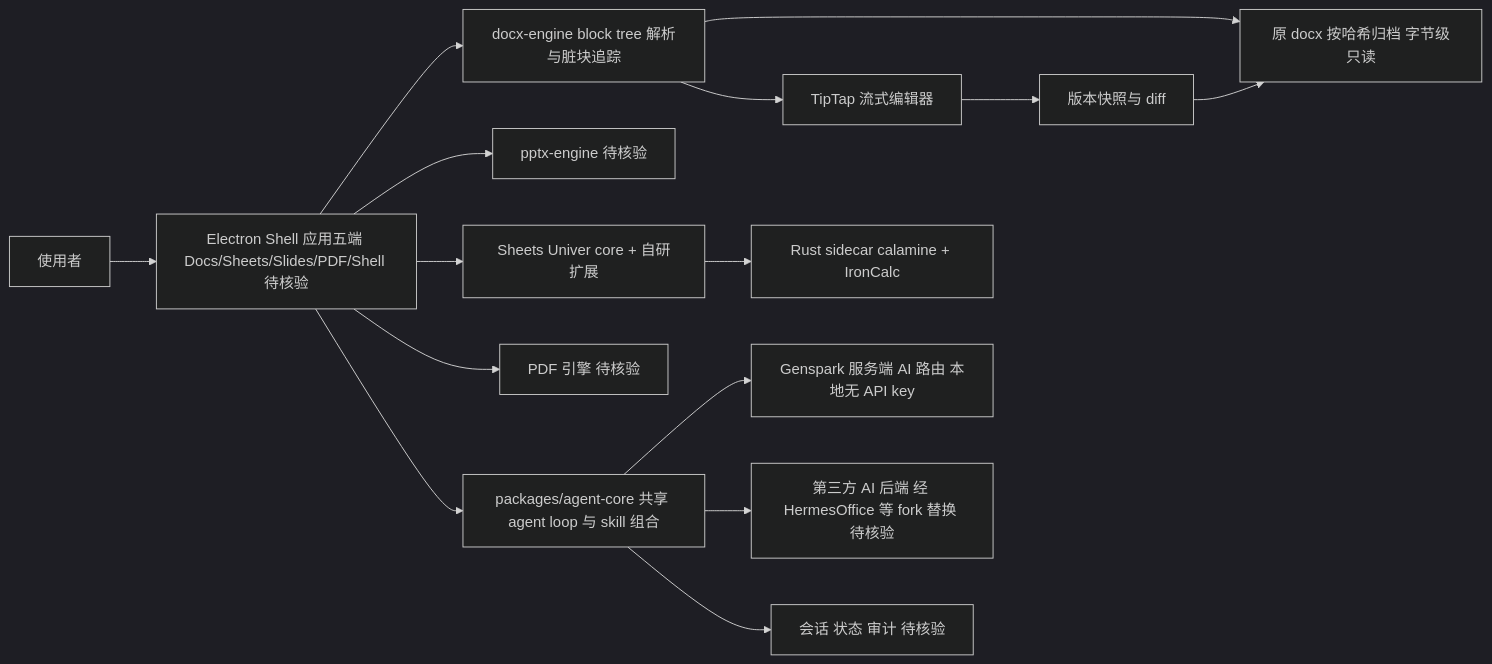
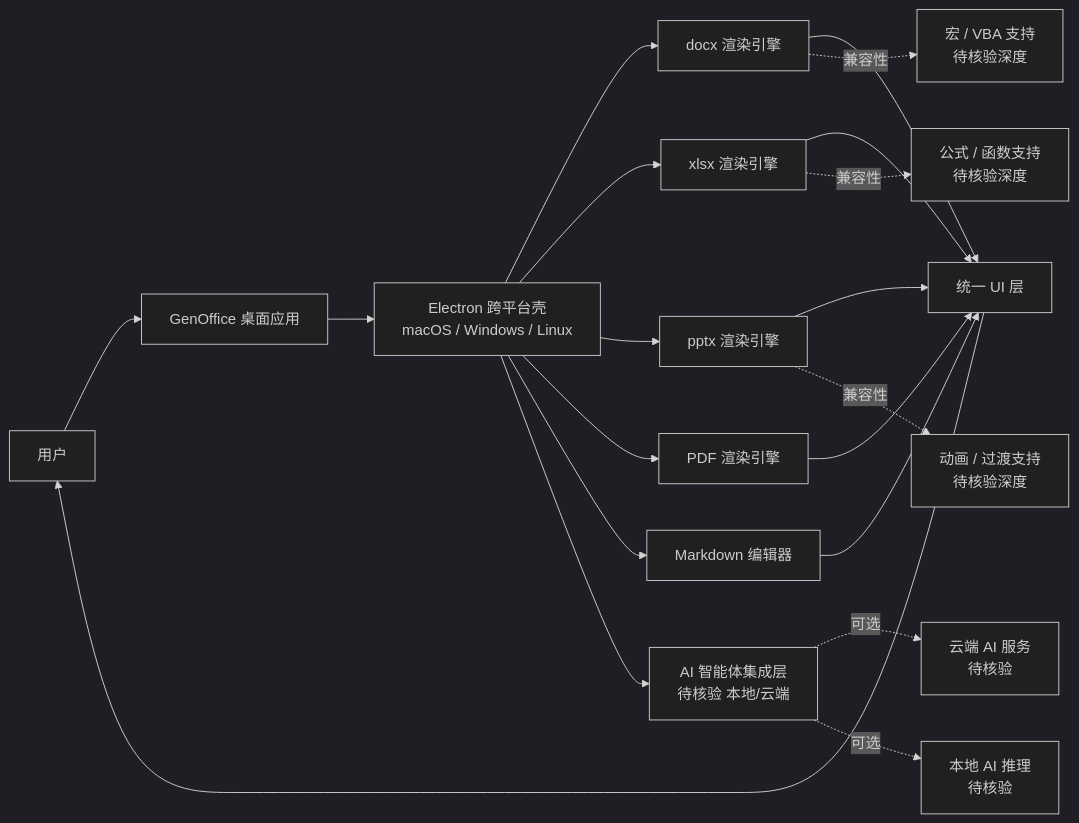
Before and after one commit to aiutil/github-researcher: the diagram in projects/genoffice.md, drawn with Mermaid (dark theme). The commit also changed other lines of this file and 21 other files, not shown here.

````diff
--- a/projects/genoffice.md
+++ b/projects/genoffice.md
@@ -56,17 +65,22 @@
 ```mermaid
 flowchart LR
-    U[使用者] --> Shell[Electron Shell 应用五端 Docs/Sheets/Slides/PDF/Shell 待核验]
-    Shell --> DocxEngine[docx-engine block tree 解析与脏块追踪]
-    Shell --> PptxEngine[pptx-engine 待核验]
-    Shell --> SheetsEngine[Sheets Univer core + 自研扩展]
-    SheetsEngine --> RustSidecar[Rust sidecar calamine + IronCalc]
-    Shell --> PdfEngine[PDF 引擎 待核验]
-    DocxEngine --> Original[原 docx 按哈希归档 字节级只读]
-    DocxEngine --> TipTap[TipTap 流式编辑器]
-    TipTap --> Diff[版本快照与 diff]
-    Shell --> AgentCore[packages/agent-core 共享 agent loop 与 skill 组合]
-    AgentCore --> Genspark[Genspark 服务端 AI 路由 本地无 API key]
-    AgentCore --> ForkAI[第三方 AI 后端 经 HermesOffice 等 fork 替换 待核验]
-    AgentCore --> Audit[会话 状态 审计 待核验]
-    Diff --> Original
+  User[用户] --> Desktop[GenOffice 桌面应用]
+  Desktop --> Electron[Electron 跨平台壳<br/>macOS / Windows / Linux]
+  Electron --> Docx[docx 渲染引擎]
+  Electron --> Xlsx[xlsx 渲染引擎]
+  Electron --> Pptx[pptx 渲染引擎]
+  Electron --> Pdf[PDF 渲染引擎]
+  Electron --> Md[Markdown 编辑器]
+  Docx --> UI[统一 UI 层]
+  Xlsx --> UI
+  Pptx --> UI
+  Pdf --> UI
+  Md --> UI
+  UI --> User
+  Electron --> AI[AI 智能体集成层<br/>待核验 本地/云端]
+  AI -.可选.-> Cloud[云端 AI 服务<br/>待核验]
+  AI -.可选.-> Local[本地 AI 推理<br/>待核验]
+  Docx -.兼容性.-> Macro[宏 / VBA 支持<br/>待核验深度]
+  Xlsx -.兼容性.-> Formula[公式 / 函数支持<br/>待核验深度]
+  Pptx -.兼容性.-> Anim[动画 / 过渡支持<br/>待核验深度]
 ```
````
